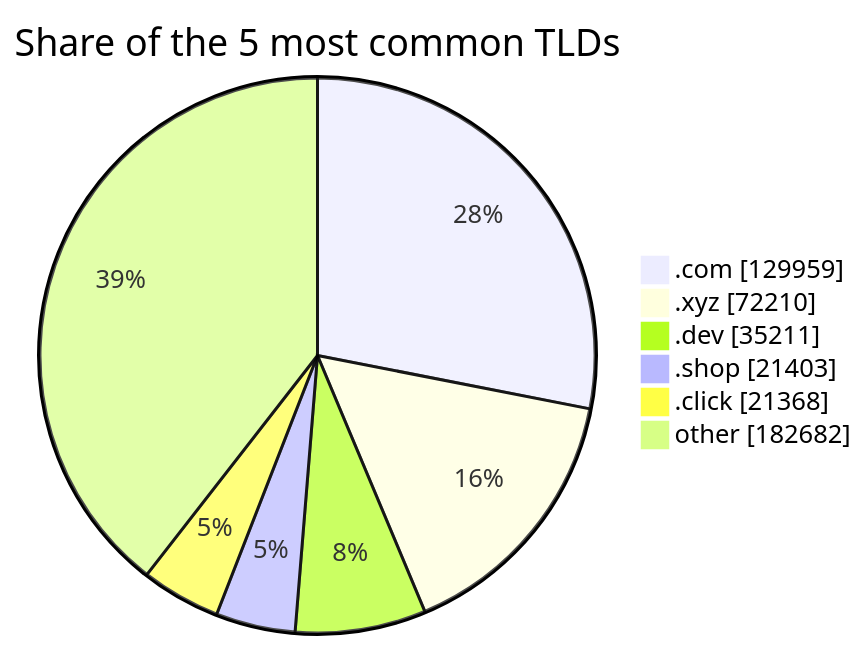
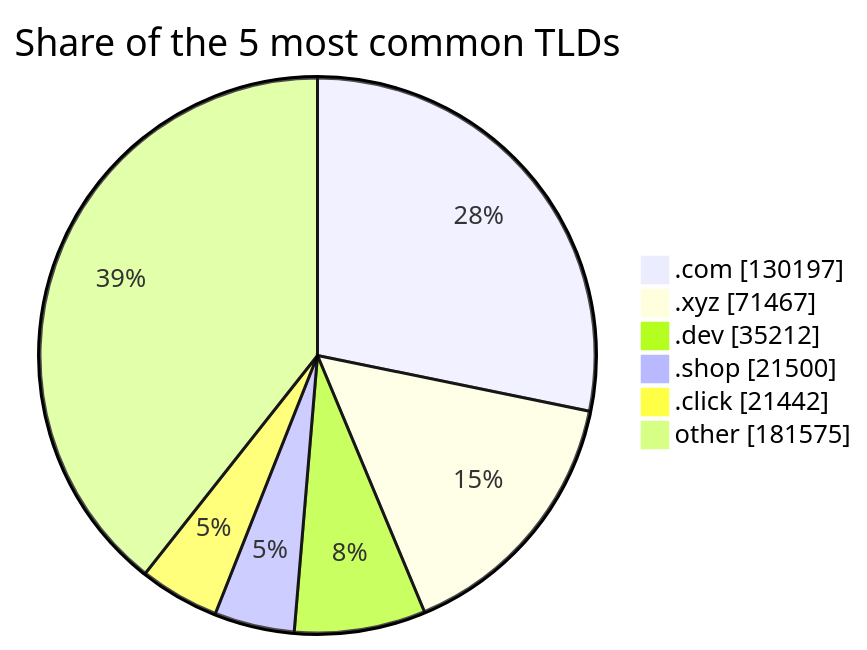
The third of 3 diagrams in README.md (DNSBunker/CTI), drawn with Mermaid before and after one commit. The commit also changed other lines of this file and 3 other files, not shown here.

````diff
--- a/README.md
+++ b/README.md
@@ -81,9 +81,9 @@
 ```mermaid
 pie showData title Share of the 5 most common TLDs
-    ".com" : 129959
-    ".xyz" : 72210
-    ".dev" : 35211
-    ".shop" : 21403
-    ".click" : 21368
-    "other" : 182682
+    ".com" : 130197
+    ".xyz" : 71467
+    ".dev" : 35212
+    ".shop" : 21500
+    ".click" : 21442
+    "other" : 181575
 ```
````
